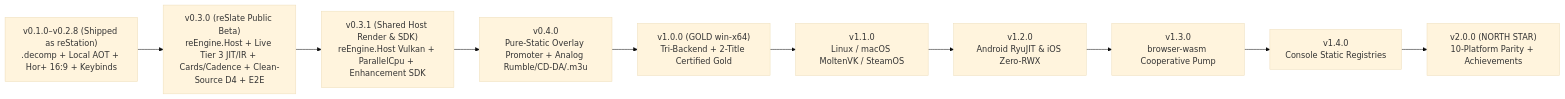
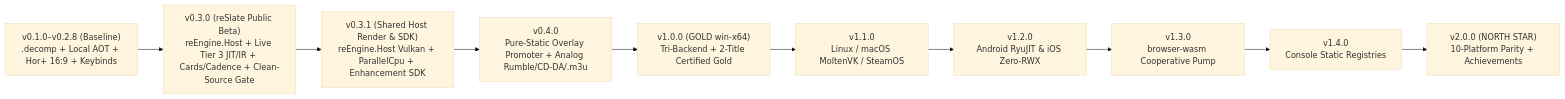
Before and after one commit to StreamItAllGit/reSlate: the diagram in ROADMAP.md, drawn with Mermaid (base theme). The commit also changed other lines of this file and 6 other files, not shown here.

````diff
--- a/ROADMAP.md
+++ b/ROADMAP.md
@@ -30,12 +32,12 @@
 ```mermaid
 flowchart LR
-    V02["v0.1.0–v0.2.8 (Shipped as reStation)\n.decomp + Local AOT + Hor+ 16:9 + Keybinds"] --> V03["v0.3.0 (reSlate Public Beta)\nreEngine.Host + Live Tier 3 JIT/IR + Cards/Cadence + Clean-Source D4 + E2E"]
+    V02["v0.1.0–v0.2.8 (Baseline)\n.decomp + Local AOT + Hor+ 16:9 + Keybinds"] --> V03["v0.3.0 (reSlate Public Beta)\nreEngine.Host + Live Tier 3 JIT/IR + Cards/Cadence + Clean-Source Gate"]
     V03 --> V031["v0.3.1 (Shared Host Render & SDK)\nreEngine.Host Vulkan + ParallelCpu + Enhancement SDK"]
     V031 --> V04["v0.4.0\nPure-Static Overlay Promoter + Analog Rumble/CD-DA/.m3u"]
     V04 --> V10["v1.0.0 (GOLD win-x64)\nTri-Backend + 2-Title Certified Gold"]
     V10 --> V11["v1.1.0\nLinux / macOS MoltenVK / SteamOS"]
     V11 --> V12["v1.2.0\nAndroid RyuJIT & iOS Zero-RWX"]
     V12 --> V13["v1.3.0\nbrowser-wasm Cooperative Pump"]
     V13 --> V14["v1.4.0\nConsole Static Registries"]
     V14 --> V20["v2.0.0 (NORTH STAR)\n10-Platform Parity + Achievements"]
 ```
````
